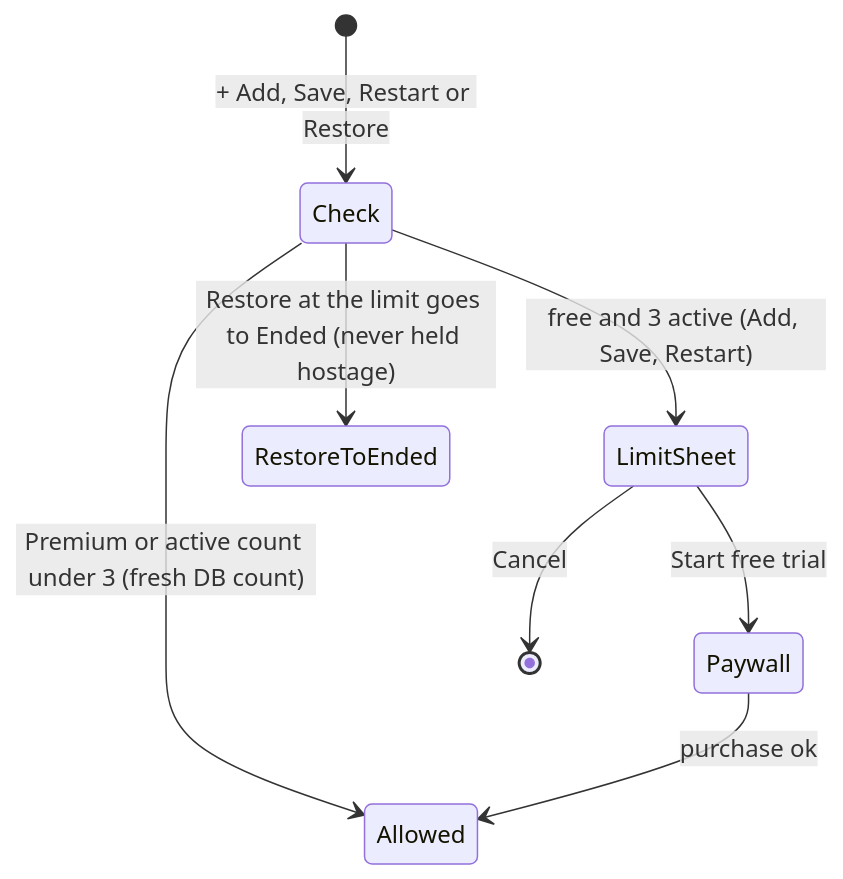
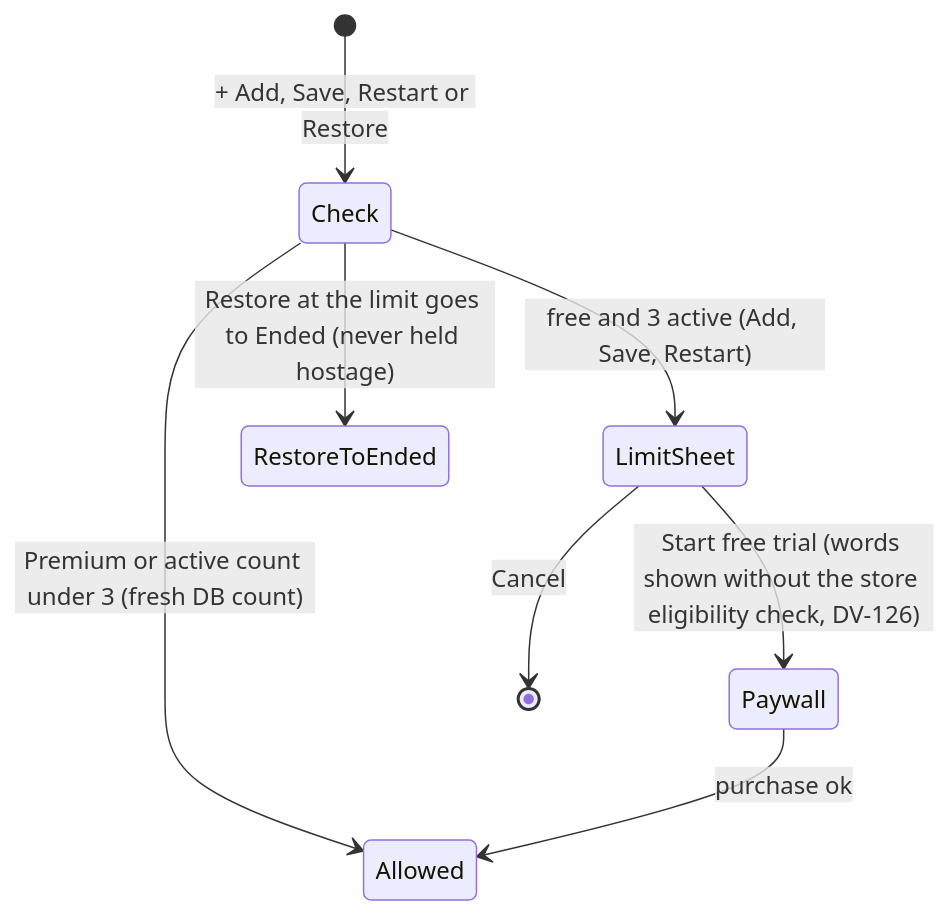
The third of 4 diagrams in docs/product/flows/13-premium-and-limits.md (evandroviskis/dosetrace), drawn with Mermaid before and after one commit. The commit also changed other lines of this file and 26 other files, not shown here.

Commit message:
docs/product: round-2 corrections propagated to PRD (G-1..G-233), TRD + dossiers, flows + Portuguese picture from the final registers; 105 diagrams parse; zero stale ids

````diff
--- a/docs/product/flows/13-premium-and-limits.md
+++ b/docs/product/flows/13-premium-and-limits.md
@@ -115,10 +115,10 @@
 ```mermaid
 stateDiagram-v2
     [*] --> Check: + Add, Save, Restart or Restore
     Check --> Allowed: Premium or active count under 3 (fresh DB count)
     Check --> LimitSheet: free and 3 active (Add, Save, Restart)
     Check --> RestoreToEnded: Restore at the limit goes to Ended (never held hostage)
-    LimitSheet --> Paywall: Start free trial
+    LimitSheet --> Paywall: Start free trial (words shown without the store eligibility check, DV-126)
     LimitSheet --> [*]: Cancel
     Paywall --> Allowed: purchase ok
 ```
````
